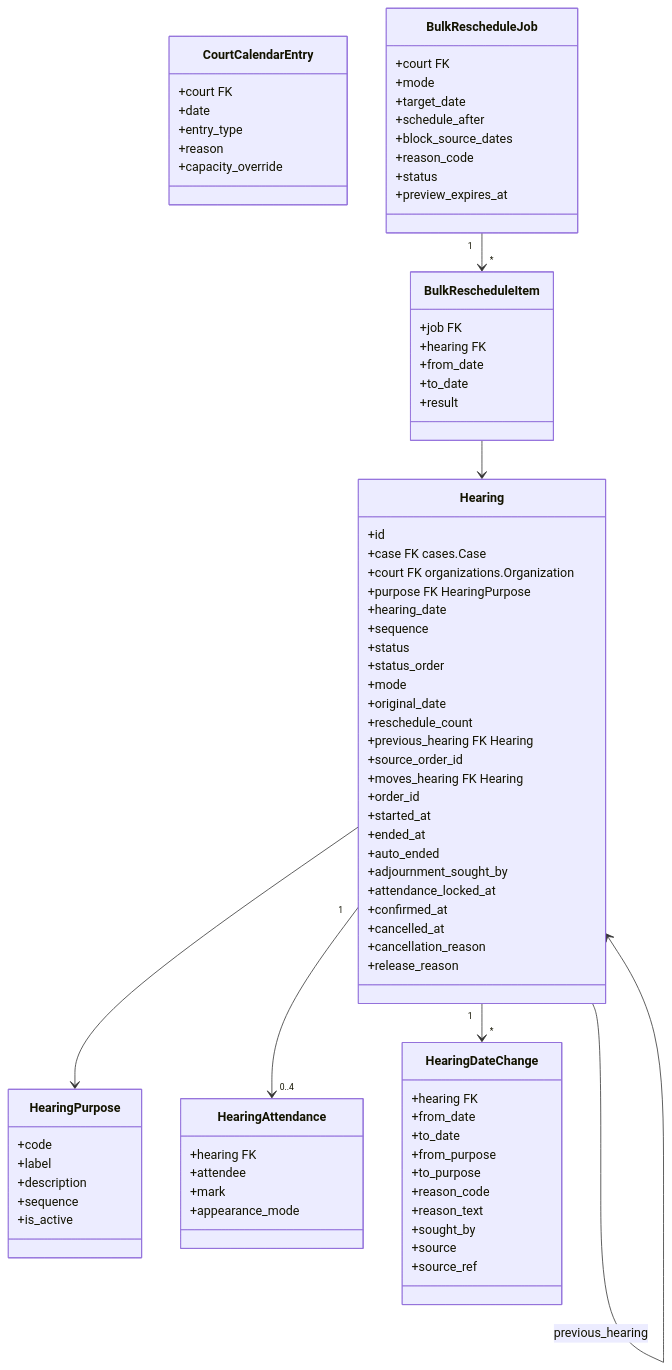
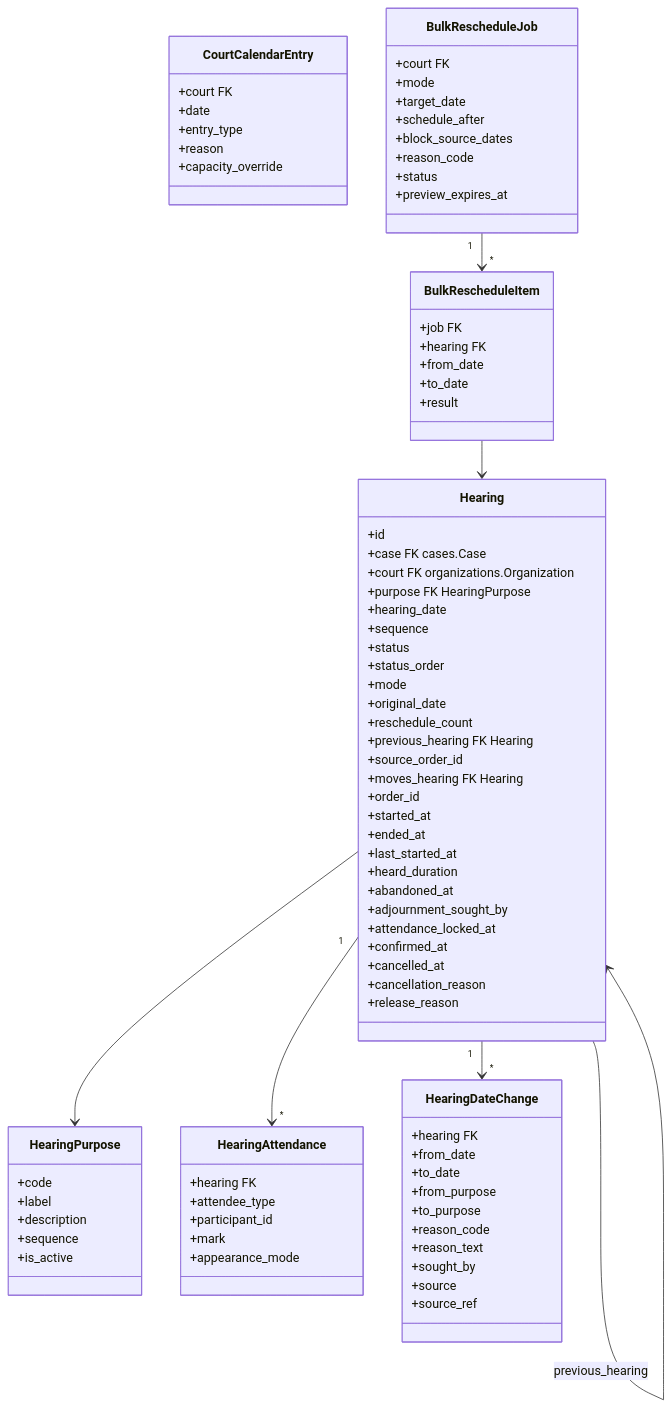
The first of 3 diagrams in spec/0023-hearings.md (pucardotorg/dristi-be), drawn with Mermaid before and after one commit. The commit also changed other lines of this file and 1 other file, not shown here.

Commit message:
Update hearing spec as per new court roles

```diff
--- a/spec/0023-hearings.md
+++ b/spec/0023-hearings.md
@@ -210,7 +225,9 @@
         +order_id
         +started_at
         +ended_at
-        +auto_ended
+        +last_started_at
+        +heard_duration
+        +abandoned_at
         +adjournment_sought_by
         +attendance_locked_at
         +confirmed_at
@@ -227,7 +244,8 @@
     }
     class HearingAttendance {
         +hearing FK
-        +attendee
+        +attendee_type
+        +participant_id
         +mark
         +appearance_mode
     }
@@ -268,7 +286,7 @@
         +result
     }
     Hearing --> HearingPurpose
-    Hearing "1" --> "0..4" HearingAttendance
+    Hearing "1" --> "*" HearingAttendance
     Hearing "1" --> "*" HearingDateChange
     Hearing --> Hearing : previous_hearing
     BulkRescheduleJob "1" --> "*" BulkRescheduleItem
```
